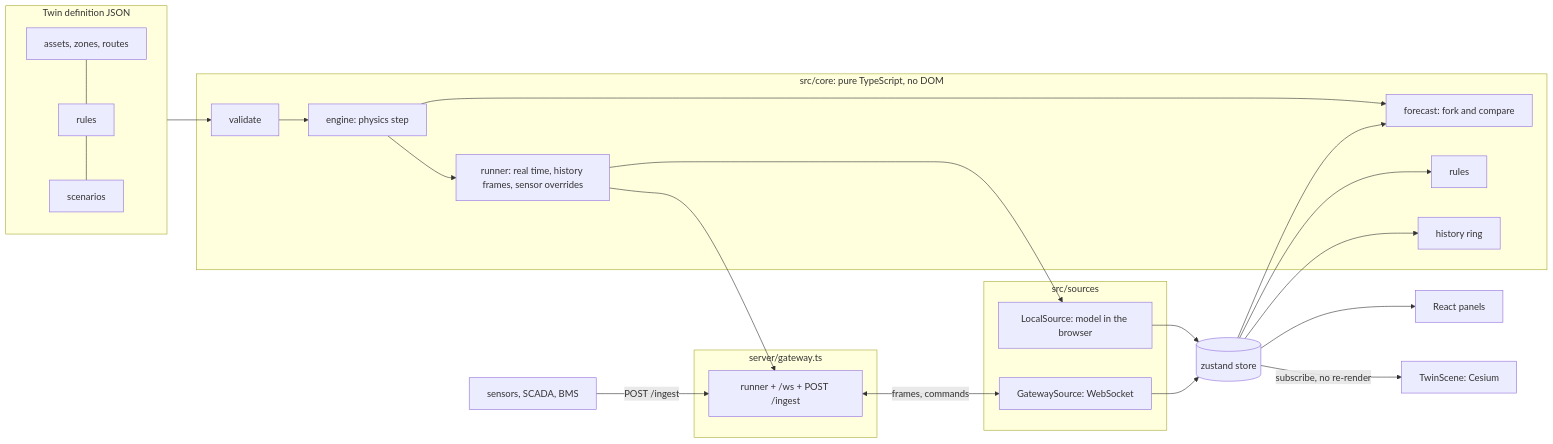
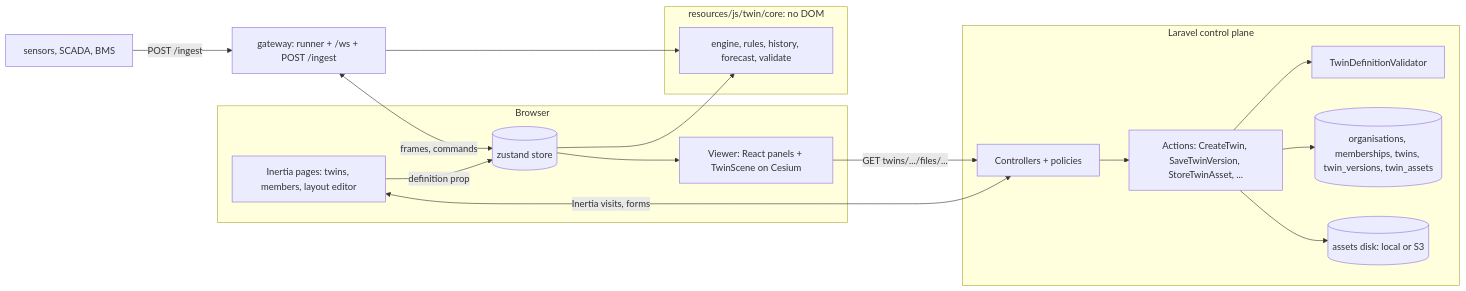
The first of 4 diagrams in README.md (Jarryd-W-Hoffman/digital-twin), drawn with Mermaid before and after one commit. The commit also changed other lines of this file and 32 other files, not shown here.

````diff
--- a/README.md
+++ b/README.md
@@ -69,37 +93,35 @@
 ```mermaid
 flowchart LR
-  subgraph def [Twin definition JSON]
-    A[assets, zones, routes] --- R[rules] --- S[scenarios]
+  subgraph browser [Browser]
+    P[Inertia pages: twins, members, layout editor]
+    VW[Viewer: React panels + TwinScene on Cesium]
+    ST[(zustand store)]
+    P -->|definition prop| ST
+    ST --> VW
   end
 
-  subgraph core [src/core: pure TypeScript, no DOM]
-    V[validate] --> M[engine: physics step]
-    M --> RN[runner: real time, history frames, sensor overrides]
-    M --> F[forecast: fork and compare]
-    RU[rules] 
-    H[history ring]
+  subgraph laravel [Laravel control plane]
+    C[Controllers + policies]
+    A[Actions: CreateTwin, SaveTwinVersion, StoreTwinAsset, ...]
+    VAL[TwinDefinitionValidator]
+    DB[(organisations, memberships, twins, twin_versions, twin_assets)]
+    DISK[(assets disk: local or S3)]
+    C --> A
+    A --> VAL
+    A --> DB
+    A --> DISK
   end
 
-  subgraph sources [src/sources]
-    L[LocalSource: model in the browser]
-    G[GatewaySource: WebSocket]
+  subgraph core [resources/js/twin/core: no DOM]
+    E[engine, rules, history, forecast, validate]
   end
 
-  subgraph server [server/gateway.ts]
-    GW[runner + /ws + POST /ingest]
-  end
-
-  def --> V
-  RN --> L
-  RN --> GW
-  GW <-->|frames, commands| G
+  GW[gateway: runner + /ws + POST /ingest]
   SENS[sensors, SCADA, BMS] -->|POST /ingest| GW
 
-  L --> ST[(zustand store)]
-  G --> ST
-  ST --> RU
-  ST --> H
-  ST --> F
-  ST --> UI[React panels]
-  ST -->|subscribe, no re-render| SC[TwinScene: Cesium]
+  P <-->|Inertia visits, forms| C
+  VW -->|GET twins/.../files/...| C
+  ST --> E
+  GW --> E
+  GW <-->|frames, commands| ST
 ```
````
